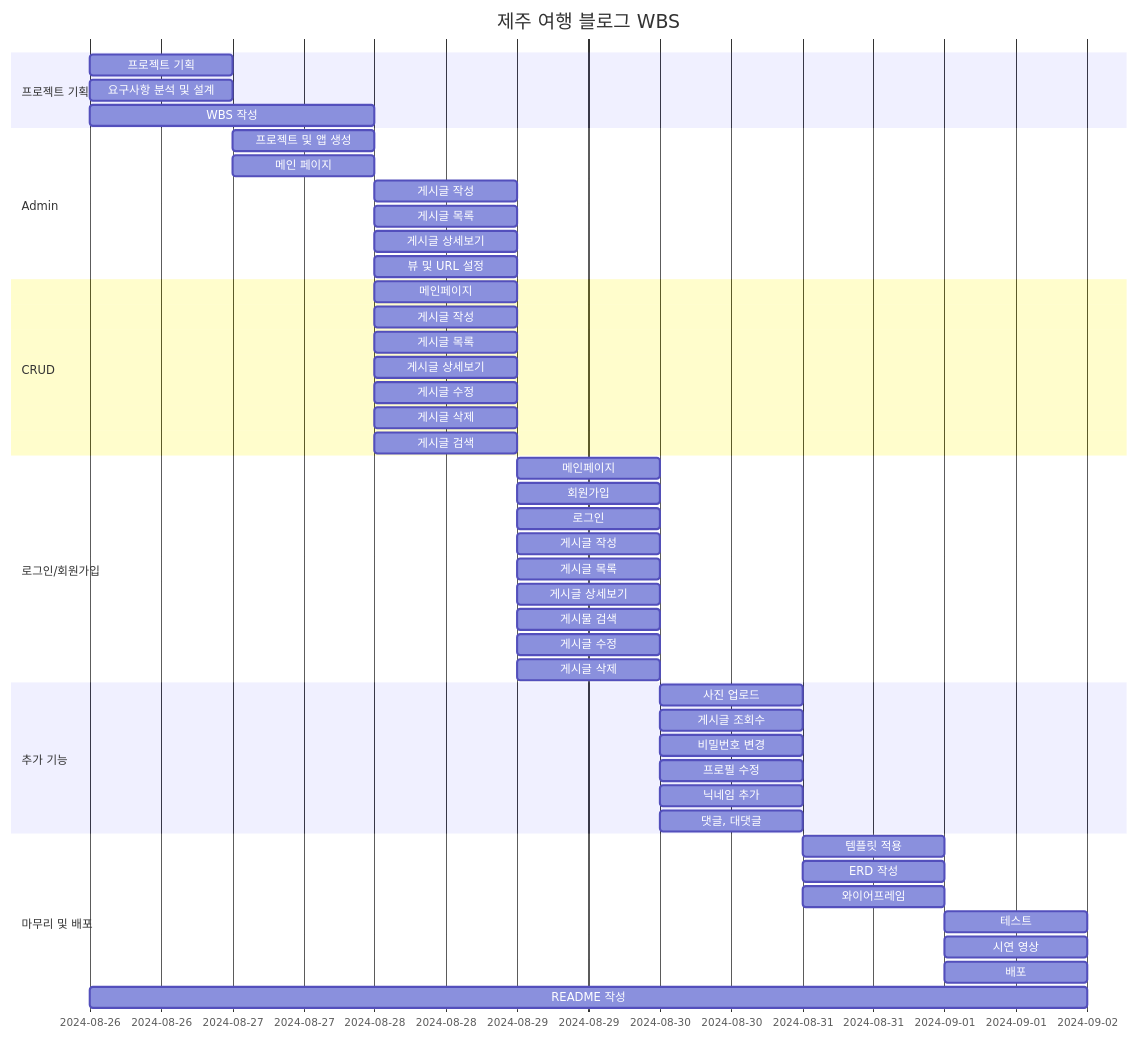
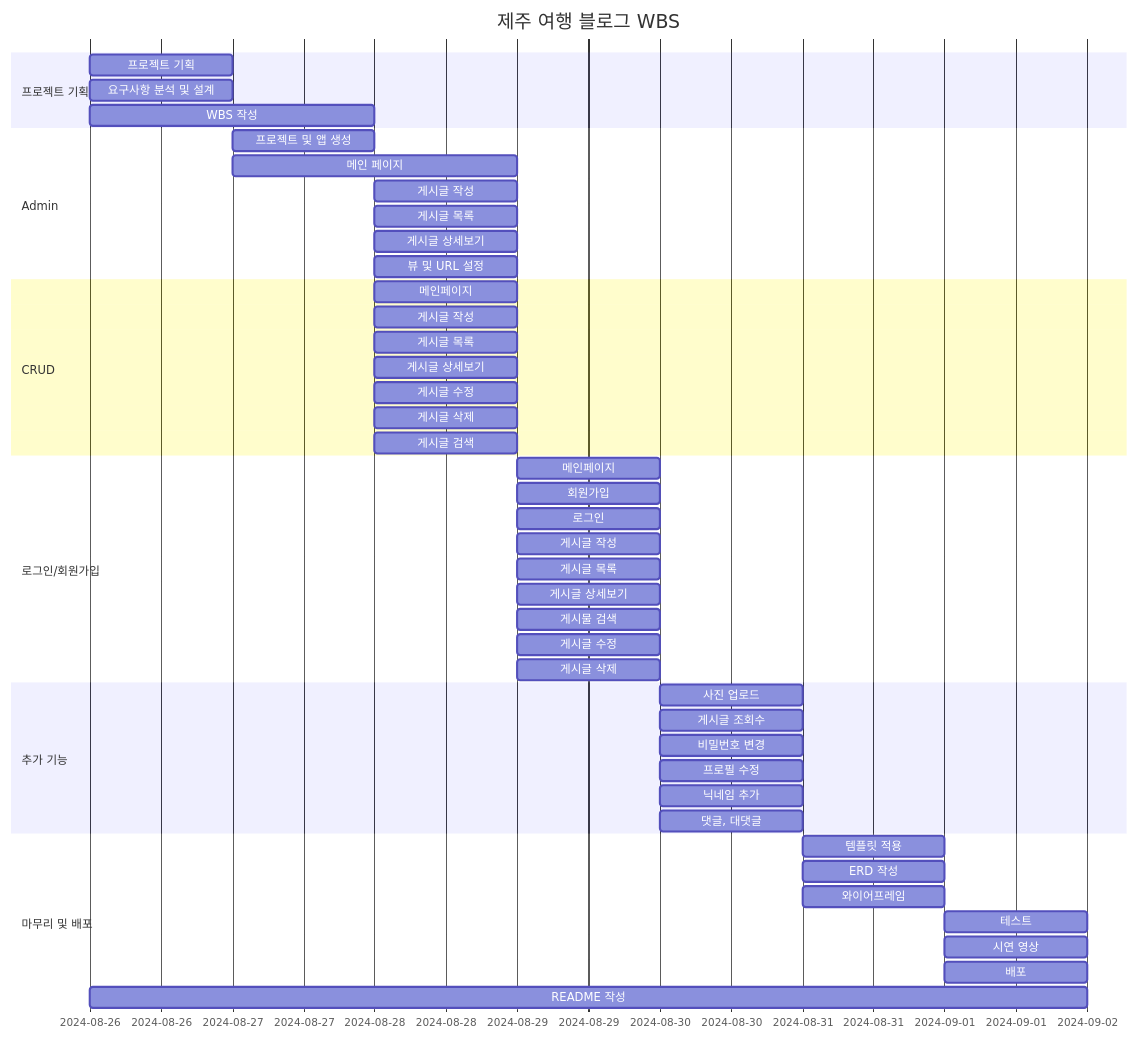
Before and after one commit to whaehofk521/Django_JejuTravelBlog: the diagram in README.md, drawn with Mermaid.

````diff
--- a/README.md
+++ b/README.md
@@ -11,51 +11,51 @@
 ```mermaid
 gantt
     title 제주 여행 블로그 WBS
     dateFormat  YYYY-MM-DD
     section 프로젝트 기획
     프로젝트 기획   :2024-08-26, 1d
     요구사항 분석 및 설계 :2024-08-26, 1d
     WBS 작성 :2024-08-26, 2d
     section Admin
     프로젝트 및 앱 생성   :2024-08-27, 1d
-    메인 페이지 :2024-08-27, 1d
+    메인 페이지 :2024-08-27, 2d
     게시글 작성 : 2024-08-28, 1d
     게시글 목록 :2024-08-28, 1d
     게시글 상세보기 : 2024-08-28, 1d
     뷰 및 URL 설정 :2024-08-28, 1d
     section CRUD
     메인페이지 :2024-08-28, 1d
     게시글 작성 :2024-08-28, 1d
     게시글 목록 :2024-08-28, 1d
     게시글 상세보기 :2024-08-28, 1d
     게시글 수정 :2024-08-28, 1d
     게시글 삭제 :2024-08-28, 1d
     게시글 검색 :2024-08-28, 1d
     %% 모델 설계 및 구현 :2024-08-27, 1d
     section 로그인/회원가입
     메인페이지 :2024-08-29, 1d
     회원가입 :2024-08-29, 1d
     로그인 :2024-08-29, 1d
     게시글 작성 :2024-08-29, 1d
     게시글 목록 :2024-08-29, 1d
     게시글 상세보기 :2024-08-29, 1d
     게시물 검색 :2024-08-29, 1d
     게시글 수정 :2024-08-29, 1d
     게시글 삭제 :2024-08-29, 1d
     section 추가 기능
     사진 업로드 :2024-08-30, 1d
     게시글 조회수 :2024-08-30, 1d
     비밀번호 변경 :2024-08-30, 1d
     프로필 수정 :2024-08-30, 1d
     닉네임 추가 :2024-08-30, 1d
     댓글, 대댓글 :2024-08-30, 1d
     section 마무리 및 배포
     템플릿 적용 :2024-08-31, 1d
     ERD 작성 :2024-08-31, 1d
     와이어프레임 :2024-08-31, 1d
     %% section 테스트 및 배포
     테스트 :2024-09-01, 1d
     시연 영상 :2024-09-01, 1d
     배포 :2024-09-01, 1d
     README 작성 :2024-08-26, 7d
 ```
````
